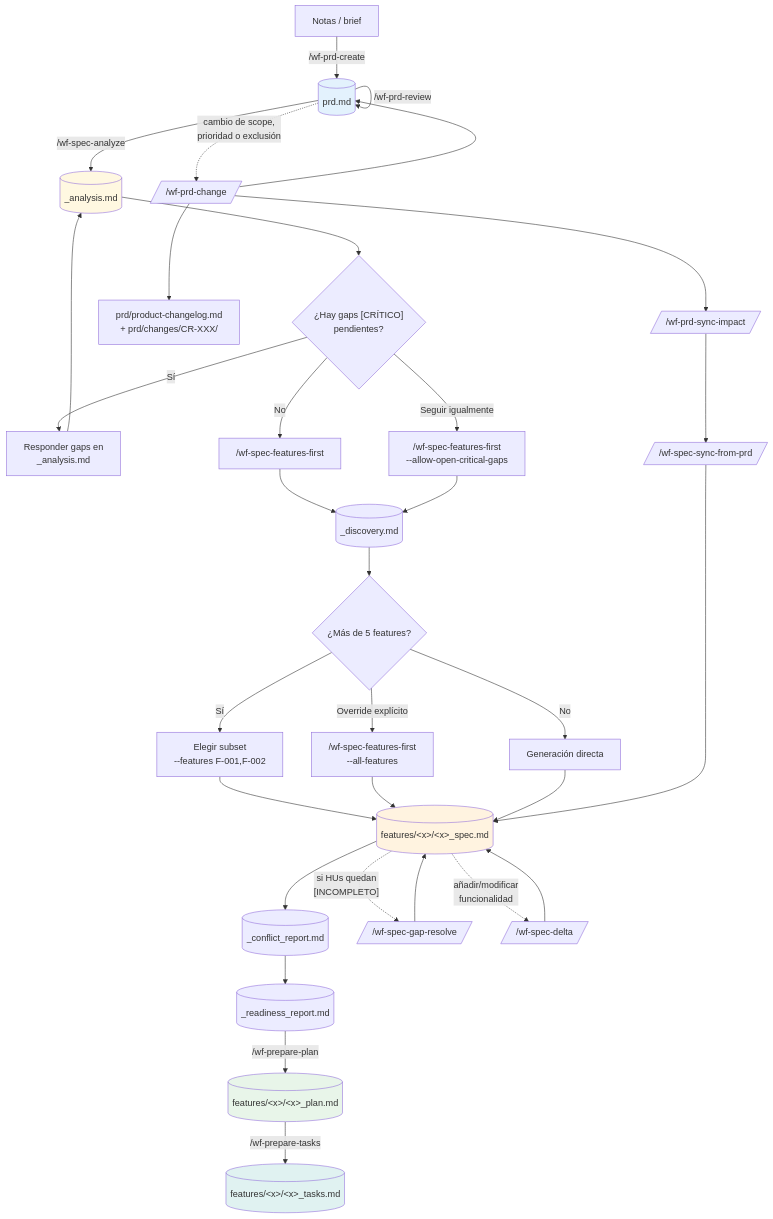
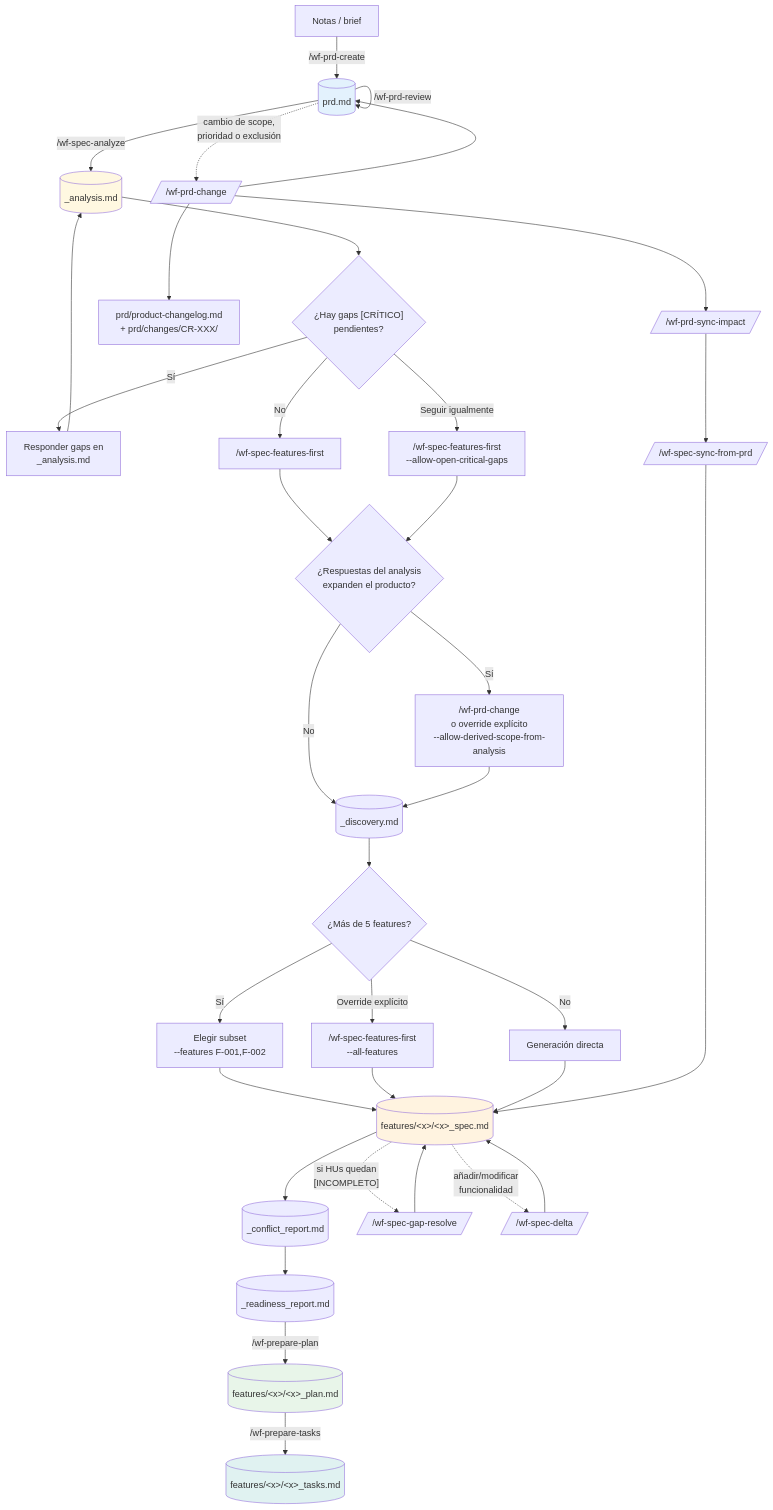
The second of 4 diagrams in sdd/DIAGRAMS.md (OspofeDeveloper/ai-dev-agents-lab), drawn with Mermaid before and after one commit. The commit also changed other lines of this file and 18 other files, not shown here.

````diff
--- a/sdd/DIAGRAMS.md
+++ b/sdd/DIAGRAMS.md
@@ -56,44 +56,47 @@
 ```mermaid
 flowchart TD
     Notes[Notas / brief]
     Notes -->|/wf-prd-create| PRD[(prd.md)]
     PRD -->|/wf-prd-review| PRD
     PRD -->|/wf-spec-analyze| Analysis[(_analysis.md)]
     Analysis --> Decision{"¿Hay gaps [CRÍTICO]<br/>pendientes?"}
     Decision -->|Sí| Resolve["Responder gaps en<br/>_analysis.md"]
     Resolve --> Analysis
     Decision -->|Seguir igualmente| OpenGaps["/wf-spec-features-first<br/>--allow-open-critical-gaps"]
     Decision -->|No| FF["/wf-spec-features-first"]
-    FF --> Discovery[(_discovery.md)]
-    OpenGaps --> Discovery
+    FF --> Derived{"¿Respuestas del analysis<br/>expanden el producto?"}
+    OpenGaps --> Derived
+    Derived -->|Sí| CR["/wf-prd-change<br/>o override explícito<br/>--allow-derived-scope-from-analysis"]
+    Derived -->|No| Discovery[(_discovery.md)]
+    CR --> Discovery
     Discovery --> Size{"¿Más de 5 features?"}
     Size -->|Sí| Subset["Elegir subset<br/>--features F-001,F-002"]
     Size -->|Override explícito| Full["/wf-spec-features-first<br/>--all-features"]
     Size -->|No| Generate["Generación directa"]
     Subset --> Features[(features/&lt;x&gt;/&lt;x&gt;_spec.md)]
     Full --> Features
     Generate --> Features
     Features --> Conflict[(_conflict_report.md)]
     Conflict --> Readiness[(_readiness_report.md)]
     Readiness -->|/wf-prepare-plan| PlanFile[(features/&lt;x&gt;/&lt;x&gt;_plan.md)]
     PlanFile -->|/wf-prepare-tasks| Tasks[(features/&lt;x&gt;/&lt;x&gt;_tasks.md)]
 
     Features -.->|"si HUs quedan<br/>[INCOMPLETO]"| GapResolve[/"/wf-spec-gap-resolve"/]
     GapResolve --> Features
 
     Features -.->|"añadir/modificar<br/>funcionalidad"| Delta[/"/wf-spec-delta"/]
     Delta --> Features
 
     PRD -.->|"cambio de scope,<br/>prioridad o exclusión"| Change[/"/wf-prd-change"/]
     Change --> PRD
     Change --> ChangeFiles["prd/product-changelog.md<br/>+ prd/changes/CR-XXX/"]
     Change --> Impact[/"/wf-prd-sync-impact"/]
     Impact --> Sync[/"/wf-spec-sync-from-prd"/]
     Sync --> Features
 
     style PRD fill:#e3f2fd
     style Analysis fill:#fff8e1
     style Features fill:#fff3e0
     style PlanFile fill:#e8f5e9
     style Tasks fill:#e0f2f1
 ```
````
